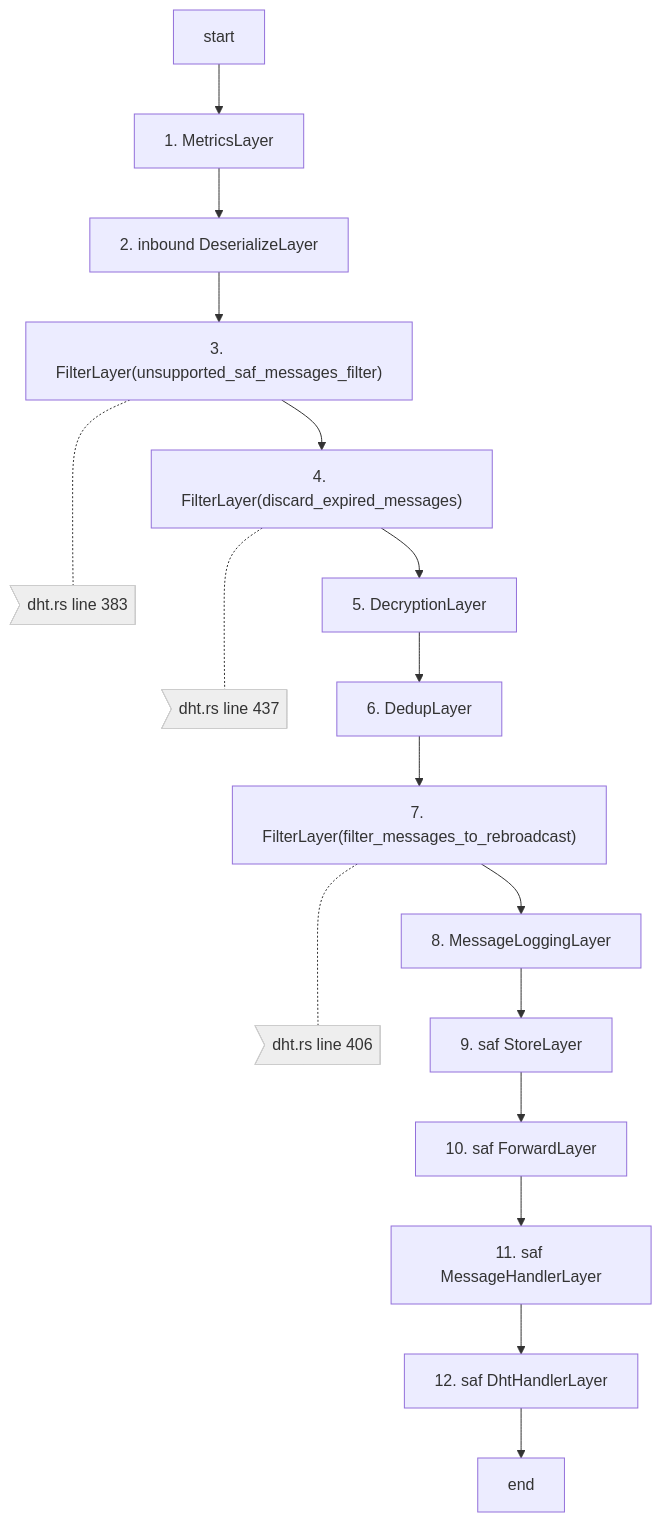
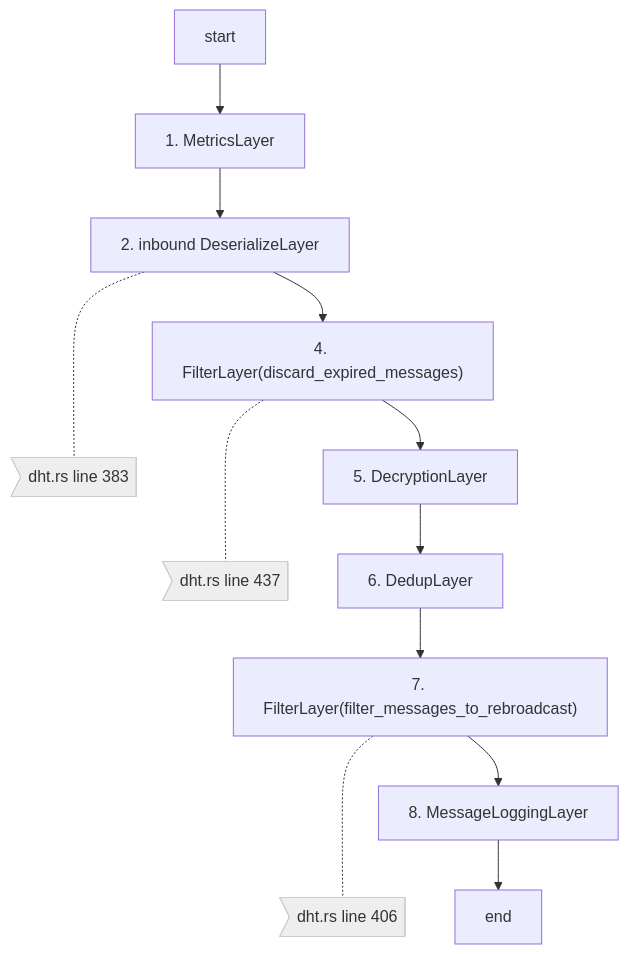
The fourth of 6 diagrams in docs/src/diagrams/comms/inbound_messaging.md (tari-project/tari), drawn with Mermaid before and after one commit. The commit also changed 606 other files, not shown here.

````diff
--- a/docs/src/diagrams/comms/inbound_messaging.md
+++ b/docs/src/diagrams/comms/inbound_messaging.md
@@ -56,26 +56,21 @@
 ```mermaid
 flowchart TD
 A[start]--> B[1. MetricsLayer]
-B --> C[2. inbound DeserializeLayer]
-C --> D["3. FilterLayer(unsupported_saf_messages_filter) "]
+B --> D[2. inbound DeserializeLayer]
 D -..- N1>"dht.rs line 383"]
 D--> E["4. FilterLayer(discard_expired_messages)"]
 E -..- N2>"dht.rs line 437"]
 E--> F[5. DecryptionLayer]
 F--> G[6. DedupLayer]
 G--> H["7. FilterLayer(filter_messages_to_rebroadcast)"]
 H -..- N3>"dht.rs line 406"]
 H-->I[8. MessageLoggingLayer]
-I-->J["9. saf StoreLayer"]
-J-->K["10. saf ForwardLayer"]
-K-->L["11. saf MessageHandlerLayer"]
-L-->M["12. saf DhtHandlerLayer"]
-M-->Z[end]
+I-->Z[end]
    N1:::note
    N2:::note
    N3:::note
     classDef note fill:#eee,stroke:#ccc
 
 
 
 ```
````
